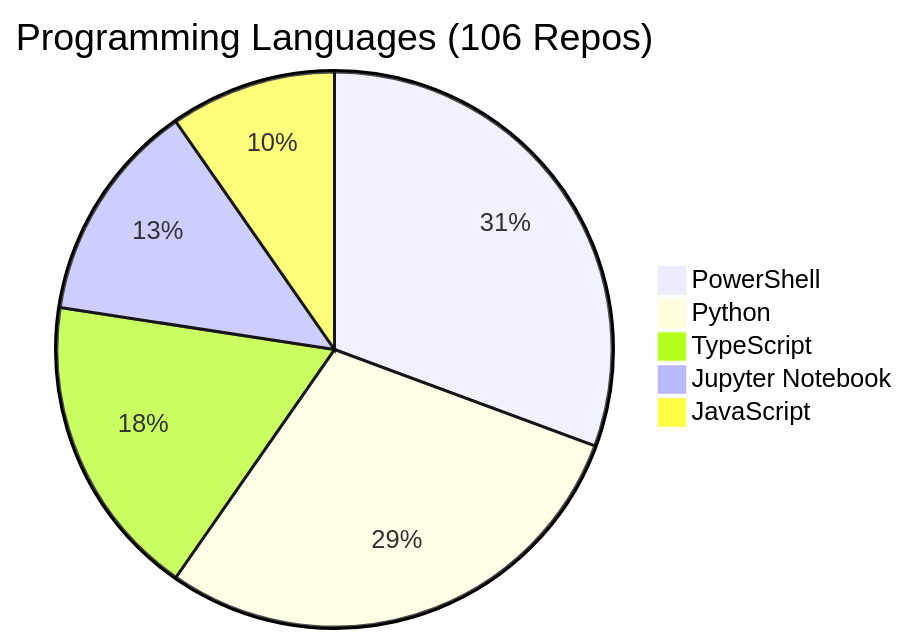
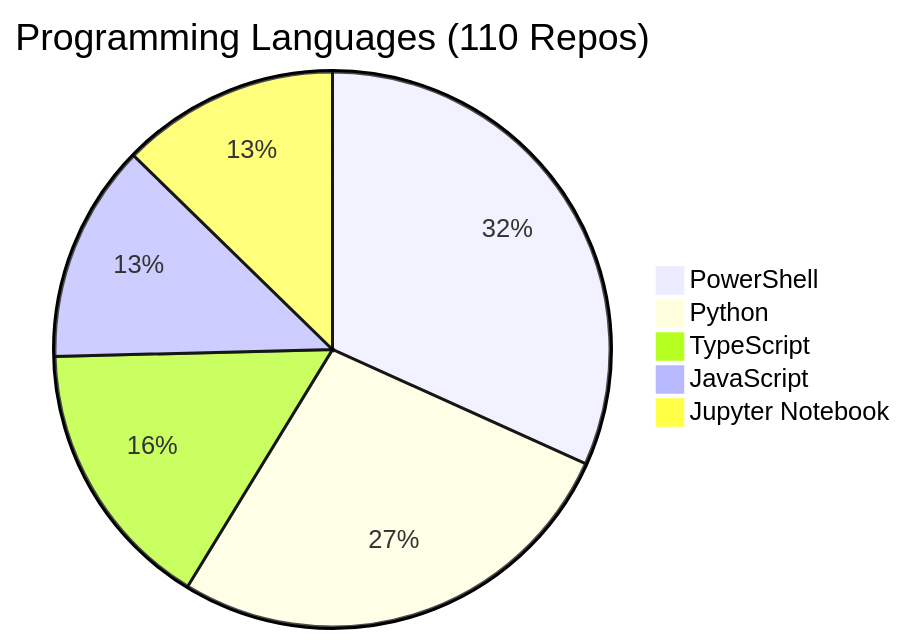
One commit to fabioc-aloha/fabioc-aloha changed the diagram in REPOS.md. Above: the diagram before and after it, drawn with Mermaid. The commit also changed other lines of this file and 1 other file, not shown here.

````diff
--- a/REPOS.md
+++ b/REPOS.md
@@ -149,8 +153,8 @@
 ```mermaid
-pie title Programming Languages (106 Repos)
-    "PowerShell" : 19
-    "Python" : 18
-    "TypeScript" : 11
+pie title Programming Languages (110 Repos)
+    "PowerShell" : 20
+    "Python" : 17
+    "TypeScript" : 10
+    "JavaScript" : 8
     "Jupyter Notebook" : 8
-    "JavaScript" : 6
 ```
````
